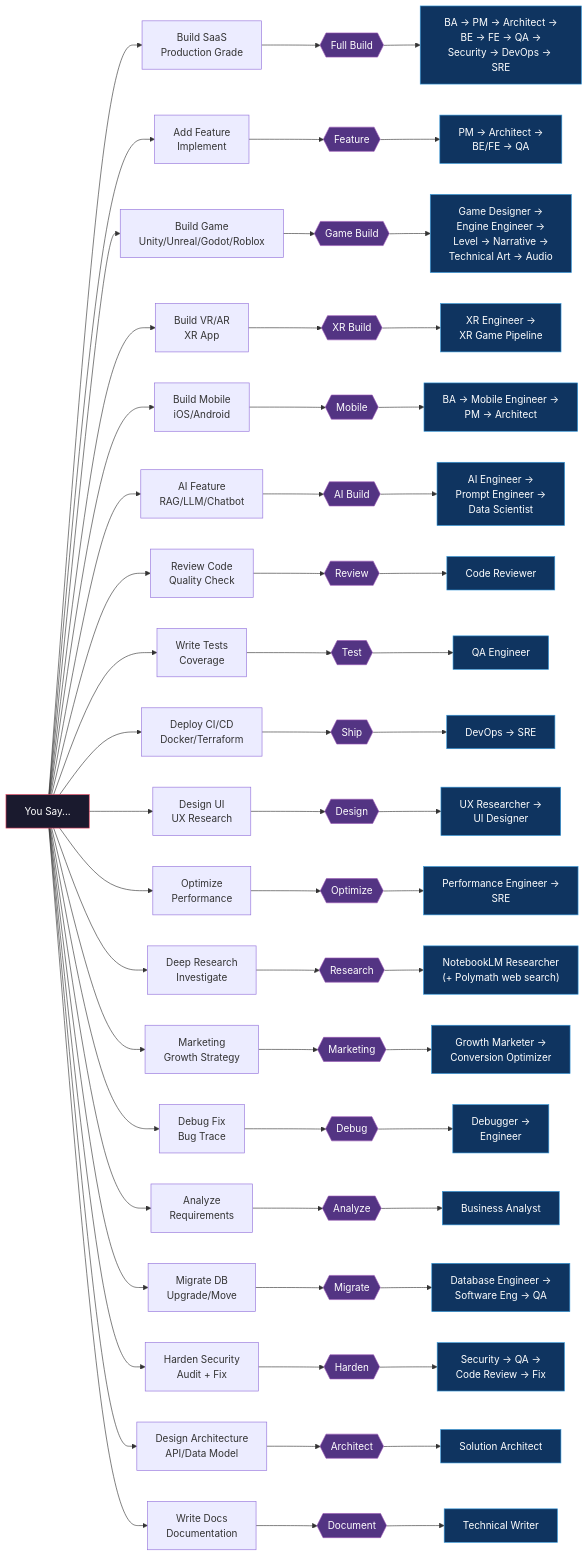
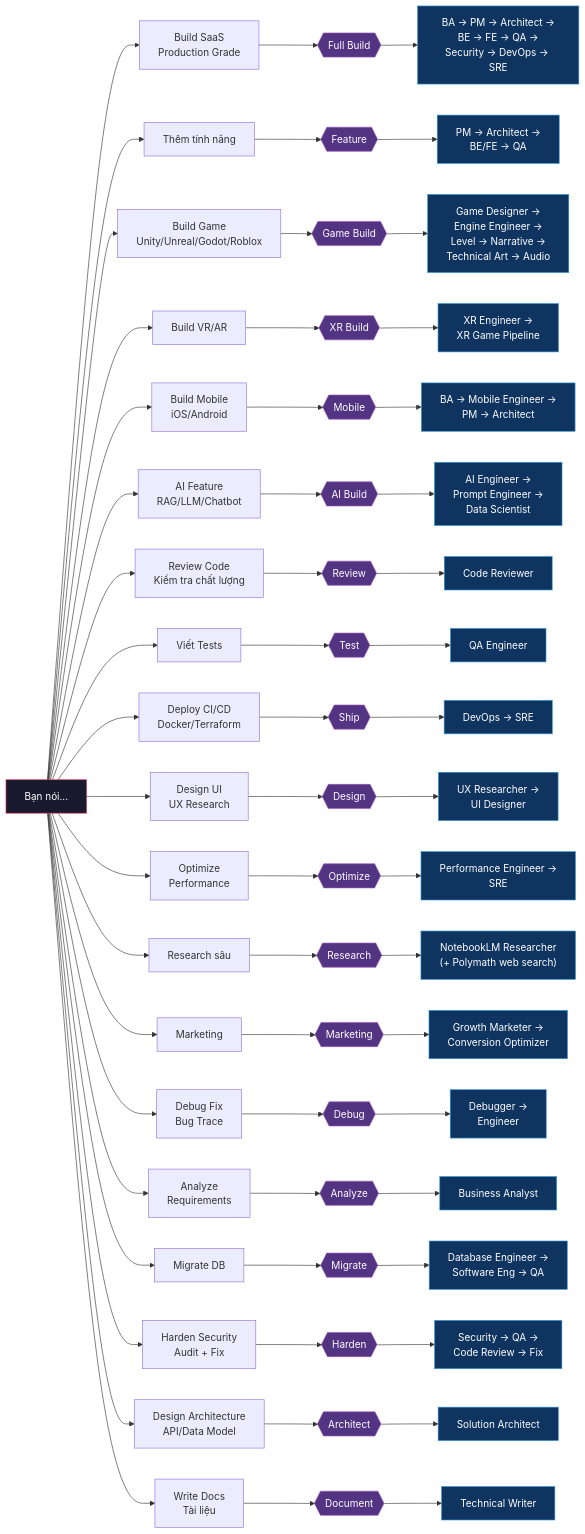
One commit to buiphucminhtam/forge17 changed diagram 14 of 15 in README.md. Above: the diagram before and after it, drawn with Mermaid. The commit also changed other lines of this file, not shown here.

````diff
--- a/README.md
+++ b/README.md
@@ -743,26 +672,26 @@
 ```mermaid
 flowchart LR
-    INPUT["You Say..."]
+    INPUT["Bạn nói..."]
 
     INPUT --> F1["Build SaaS<br/>Production Grade"]
-    INPUT --> F2["Add Feature<br/>Implement"]
+    INPUT --> F2["Thêm tính năng"]
     INPUT --> F3["Build Game<br/>Unity/Unreal/Godot/Roblox"]
-    INPUT --> F4["Build VR/AR<br/>XR App"]
+    INPUT --> F4["Build VR/AR"]
     INPUT --> F5["Build Mobile<br/>iOS/Android"]
     INPUT --> F6["AI Feature<br/>RAG/LLM/Chatbot"]
-    INPUT --> F7["Review Code<br/>Quality Check"]
-    INPUT --> F8["Write Tests<br/>Coverage"]
+    INPUT --> F7["Review Code<br/>Kiểm tra chất lượng"]
+    INPUT --> F8["Viết Tests"]
     INPUT --> F9["Deploy CI/CD<br/>Docker/Terraform"]
     INPUT --> F10["Design UI<br/>UX Research"]
     INPUT --> F11["Optimize<br/>Performance"]
-    INPUT --> F12["Deep Research<br/>Investigate"]
-    INPUT --> F13["Marketing<br/>Growth Strategy"]
+    INPUT --> F12["Research sâu"]
+    INPUT --> F13["Marketing"]
     INPUT --> F14["Debug Fix<br/>Bug Trace"]
     INPUT --> F15["Analyze<br/>Requirements"]
-    INPUT --> F16["Migrate DB<br/>Upgrade/Move"]
+    INPUT --> F16["Migrate DB"]
     INPUT --> F17["Harden Security<br/>Audit + Fix"]
     INPUT --> F18["Design Architecture<br/>API/Data Model"]
-    INPUT --> F19["Write Docs<br/>Documentation"]
+    INPUT --> F19["Write Docs<br/>Tài liệu"]
 
     F1 --> M1{{"Full Build"}}
     F2 --> M2{{"Feature"}}
````
